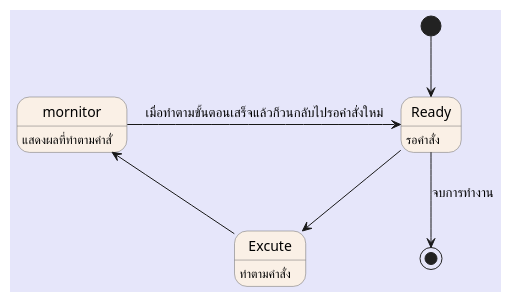
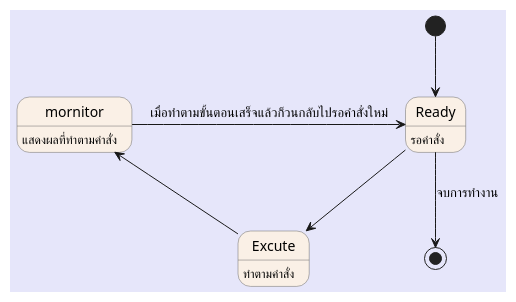
One commit to 03376808-OOAD/OOAD-WEEK11 changed the diagram in Labsubmit/60030089/Excute.puml. Above: the diagram before and after it, drawn with PlantUML.

```diff
--- a/Labsubmit/60030089/Excute.puml
+++ b/Labsubmit/60030089/Excute.puml
@@ -1,16 +1,16 @@
 @startuml Excute
 skinparam BackgroundColor lavender
 skinparam Shadowing false
 skinparam state{
     BackgroundColor linen
     BorderColor dimgray
 }
 [*] --> Ready
 Ready : รอคำสั่ง
 Ready --> Excute
 Excute : ทำตามคำสั่ง
 Excute --> mornitor 
-mornitor : แสดงผลที่ทำตามคำสั่
+mornitor : แสดงผลที่ทำตามคำสั่ง
 mornitor -right-> Ready : เมื่อทำตามขั้นตอนเสร็จแล้วก็วนกลับไปรอคำสั่งใหม่
 Ready --> [*] : จบการทำงาน
 @enduml
```
